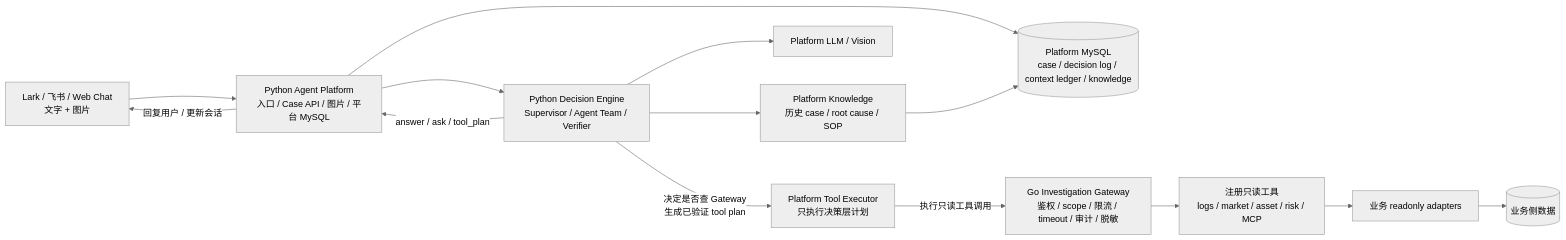
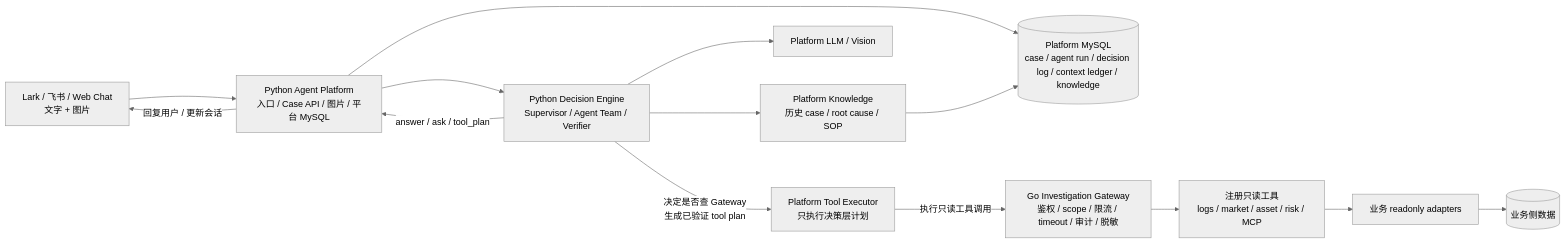
One commit to Nankis/ai-troubleshooter changed the diagram in README.md. Above: the diagram before and after it, drawn with Mermaid (neutral theme). The commit also changed other lines of this file and 19 other files, not shown here.

Commit message:
P-2026-046 add agent run lifecycle

````diff
--- a/README.md
+++ b/README.md
@@ -25,16 +25,16 @@
 ```mermaid
 flowchart LR
   Input["Lark / 飞书 / Web Chat<br/>文字 + 图片"] --> Platform["Python Agent Platform<br/>入口 / Case API / 图片 / 平台 MySQL"]
   Platform --> Engine["Python Decision Engine<br/>Supervisor / Agent Team / Verifier"]
   Engine --> Knowledge["Platform Knowledge<br/>历史 case / root cause / SOP"]
   Engine --> Model["Platform LLM / Vision"]
-  Platform --> Store[("Platform MySQL<br/>case / decision log / context ledger / knowledge")]
+  Platform --> Store[("Platform MySQL<br/>case / agent run / decision log / context ledger / knowledge")]
   Engine -- "answer / ask / tool_plan" --> Platform
   Knowledge --> Store
   Engine -- "决定是否查 Gateway<br/>生成已验证 tool plan" --> Executor["Platform Tool Executor<br/>只执行决策层计划"]
   Executor -- "执行只读工具调用" --> Gateway["Go Investigation Gateway<br/>鉴权 / scope / 限流 / timeout / 审计 / 脱敏"]
   Gateway --> Tools["注册只读工具<br/>logs / market / asset / risk / MCP"]
   Tools --> Business["业务 readonly adapters"]
   Business --> BusinessDB[("业务侧数据")]
   Platform -- "回复用户 / 更新会话" --> Input
 ```
````
